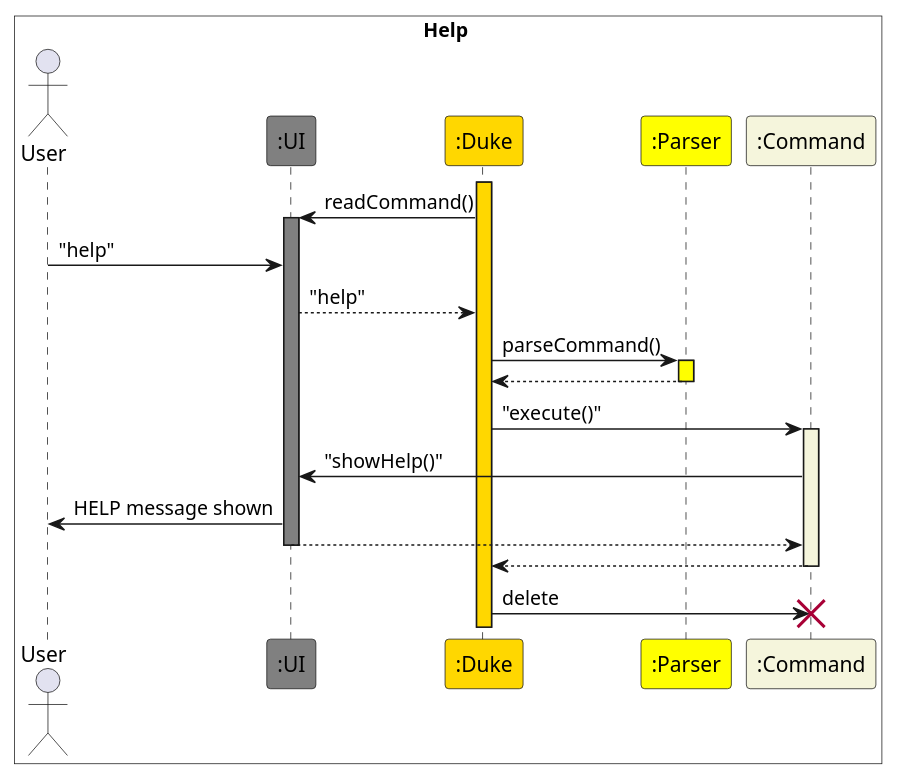
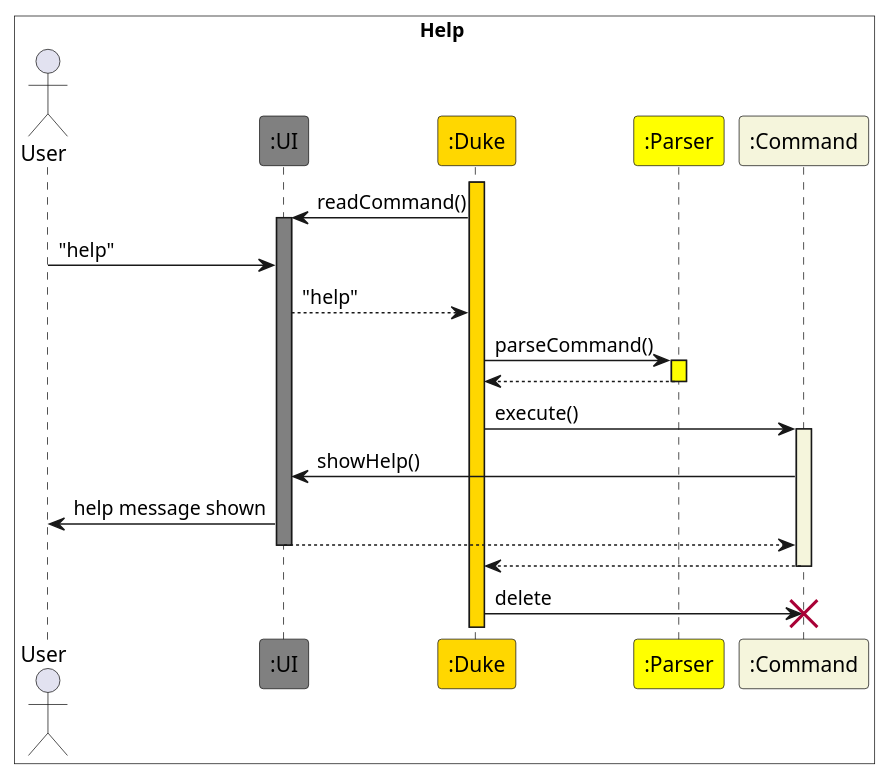
One commit to nus-cs2113-AY2223S2/tp changed the diagram in docs/PlantUML/Help.puml. Above: the diagram before and after it, drawn with PlantUML. The commit also changed 1 other file, not shown here.

Commit message:
Fixes Help sequence diagram

```diff
--- a/docs/PlantUML/Help.puml
+++ b/docs/PlantUML/Help.puml
@@ -1,32 +1,31 @@
 @startuml Help
 box Help #White
 Actor User
-
 participant ":UI" as UI #Gray
 participant ":Duke" as Duke #Gold
 participant ":Parser" as Parser #Yellow
 participant ":Command" as Command1 #Beige
 end box
 
 activate Duke #Gold
 Duke -> UI : readCommand()
 activate UI #Gray
 User -> UI : "help"
 UI --> Duke : "help"
 Duke -> Parser : parseCommand()
 activate Parser #Yellow
 Parser --> Duke
 deactivate Parser
-Duke -> Command1 : "execute()"
+Duke -> Command1 : execute()
 activate Command1 #Beige
-Command1 -> UI : "showHelp()"
-UI -> User : HELP message shown
+Command1 -> UI : showHelp()
+UI -> User : help message shown
 UI --> Command1
 deactivate UI
 Command1 --> Duke
 deactivate Command1
 Duke -> Command1 : delete
 destroy Command1
 
 
 @enduml
```
